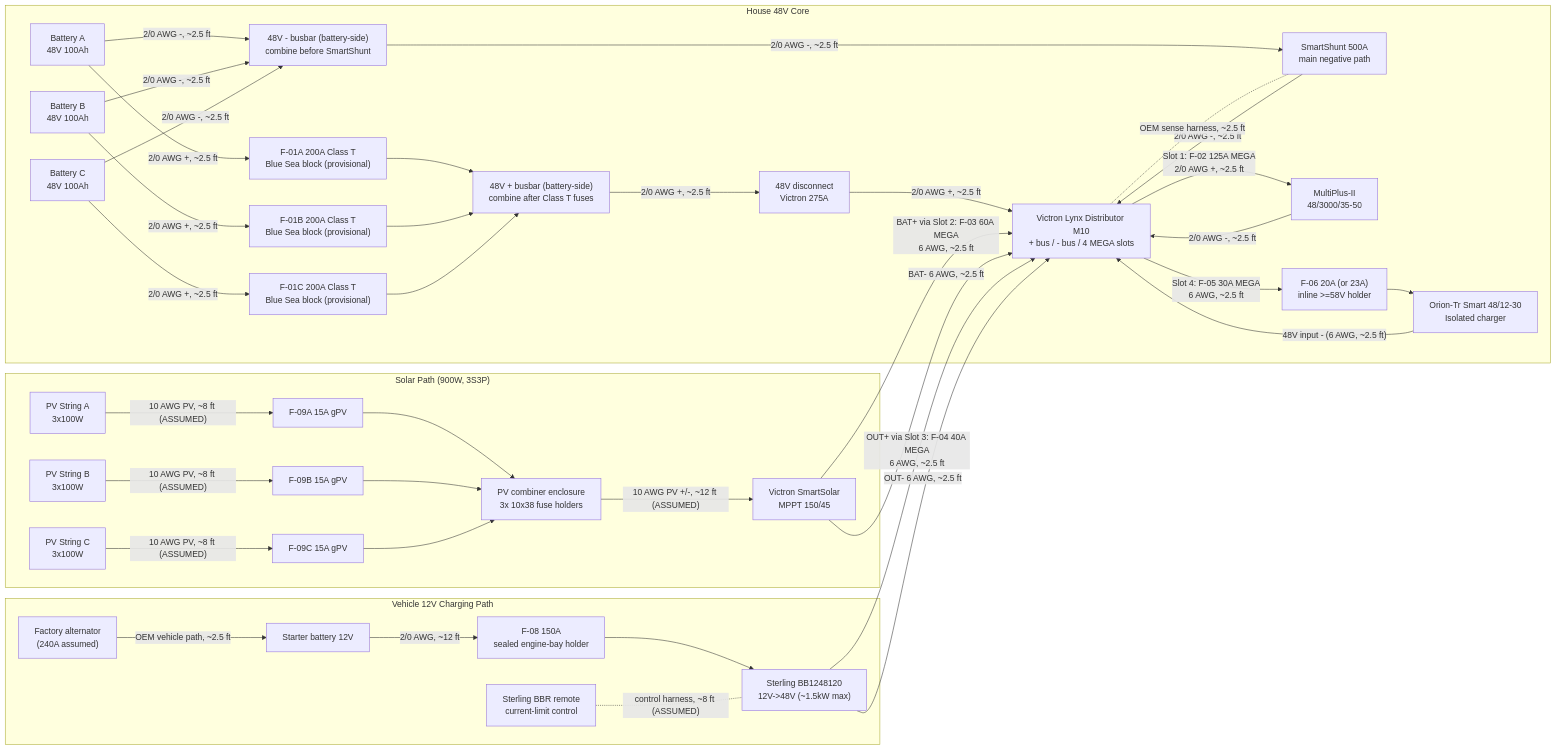
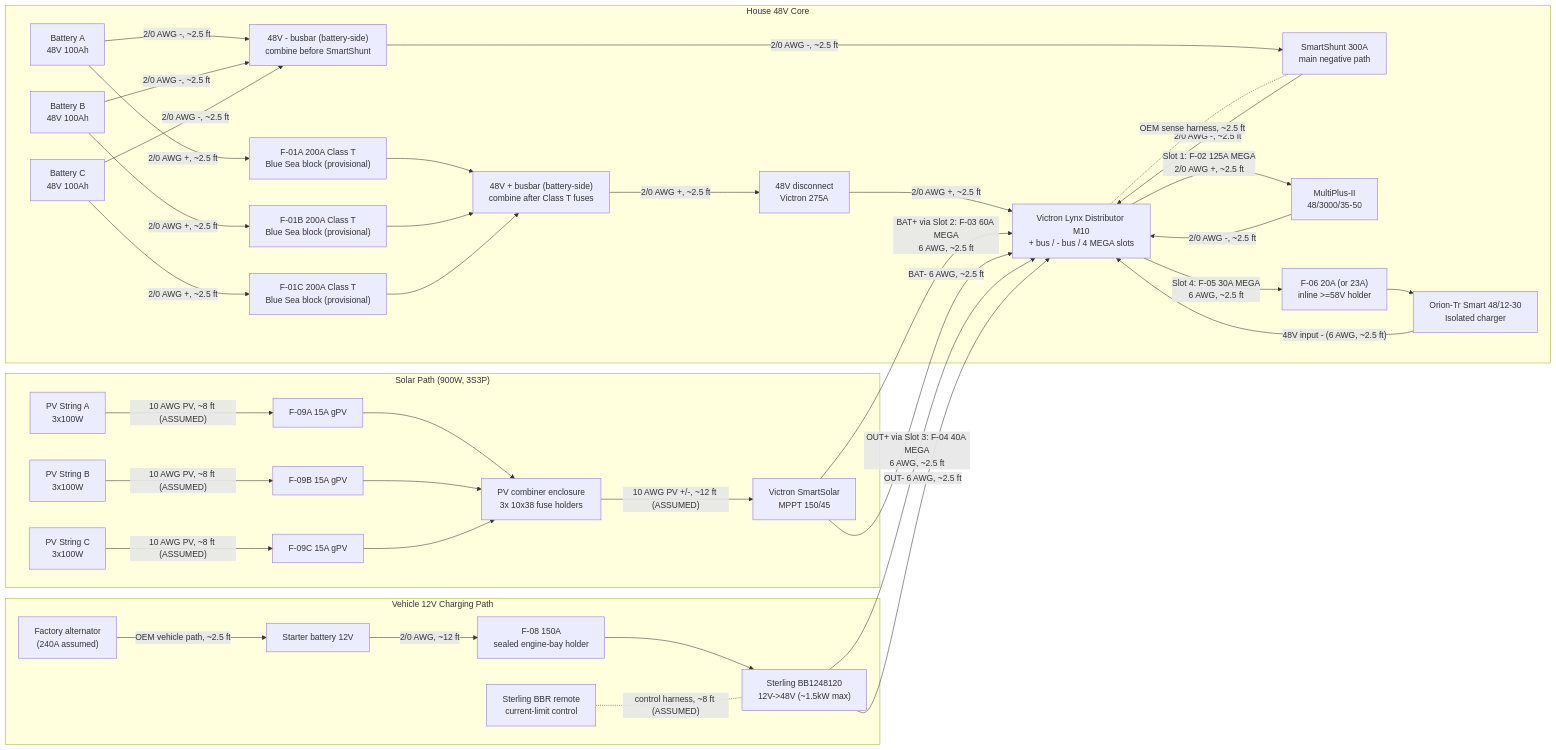
The diagram in docs/pdf_exports/assets/ELECTRICAL_overview_diagram/diagram-01.mmd (DataDaneDev/HiatusBuild), drawn with Mermaid before and after one commit. The commit also changed 12 other files, not shown here.

```diff
--- a/docs/pdf_exports/assets/ELECTRICAL_overview_diagram/diagram-01.mmd
+++ b/docs/pdf_exports/assets/ELECTRICAL_overview_diagram/diagram-01.mmd
@@ -1,68 +1,68 @@
 flowchart LR
     subgraph VEHICLE_12V["Vehicle 12V Charging Path"]
         ALT["Factory alternator\n(240A assumed)"]
         START["Starter battery 12V"]
         F08["F-08 150A\nsealed engine-bay holder"]
         B2B["Sterling BB1248120\n12V->48V (~1.5kW max)"]
         BBR["Sterling BBR remote\ncurrent-limit control"]
         ALT -- "OEM vehicle path, ~2.5 ft" --> START
         START -- "2/0 AWG, ~12 ft" --> F08 --> B2B
         BBR -. "control harness, ~8 ft (ASSUMED)" .- B2B
     end
 
     subgraph PV_PATH["Solar Path (900W, 3S3P)"]
         PVA["PV String A\n3x100W"]
         PVB["PV String B\n3x100W"]
         PVC["PV String C\n3x100W"]
         F09A["F-09A 15A gPV"]
         F09B["F-09B 15A gPV"]
         F09C["F-09C 15A gPV"]
         COMB["PV combiner enclosure\n3x 10x38 fuse holders"]
         MPPT["Victron SmartSolar\nMPPT 150/45"]
         PVA -- "10 AWG PV, ~8 ft (ASSUMED)" --> F09A --> COMB
         PVB -- "10 AWG PV, ~8 ft (ASSUMED)" --> F09B --> COMB
         PVC -- "10 AWG PV, ~8 ft (ASSUMED)" --> F09C --> COMB
         COMB -- "10 AWG PV +/-, ~12 ft (ASSUMED)" --> MPPT
     end
 
     subgraph HOUSE_48V["House 48V Core"]
         BATA["Battery A\n48V 100Ah"]
         BATB["Battery B\n48V 100Ah"]
         BATC["Battery C\n48V 100Ah"]
         F01A["F-01A 200A Class T\nBlue Sea block (provisional)"]
         F01B["F-01B 200A Class T\nBlue Sea block (provisional)"]
         F01C["F-01C 200A Class T\nBlue Sea block (provisional)"]
         POSBUS["48V + busbar (battery-side)\ncombine after Class T fuses"]
         NEGBUS["48V - busbar (battery-side)\ncombine before SmartShunt"]
         DISC["48V disconnect\nVictron 275A"]
-        SHUNT["SmartShunt 500A\nmain negative path"]
+        SHUNT["SmartShunt 300A\nmain negative path"]
         LYNX["Victron Lynx Distributor M10\n+ bus / - bus / 4 MEGA slots"]
         MULTI["MultiPlus-II\n48/3000/35-50"]
         ORION["Orion-Tr Smart 48/12-30\nIsolated charger"]
         F06["F-06 20A (or 23A)\ninline >=58V holder"]
     end
 
     BATA -- "2/0 AWG +, ~2.5 ft" --> F01A --> POSBUS
     BATB -- "2/0 AWG +, ~2.5 ft" --> F01B --> POSBUS
     BATC -- "2/0 AWG +, ~2.5 ft" --> F01C --> POSBUS
     POSBUS -- "2/0 AWG +, ~2.5 ft" --> DISC
     DISC -- "2/0 AWG +, ~2.5 ft" --> LYNX
 
     BATA -- "2/0 AWG -, ~2.5 ft" --> NEGBUS
     BATB -- "2/0 AWG -, ~2.5 ft" --> NEGBUS
     BATC -- "2/0 AWG -, ~2.5 ft" --> NEGBUS
     NEGBUS -- "2/0 AWG -, ~2.5 ft" --> SHUNT
     SHUNT -- "2/0 AWG -, ~2.5 ft" --> LYNX
     LYNX -. "OEM sense harness, ~2.5 ft" .- SHUNT
 
     LYNX -- "Slot 1: F-02 125A MEGA\n2/0 AWG +, ~2.5 ft" --> MULTI
     MULTI -- "2/0 AWG -, ~2.5 ft" --> LYNX
 
     MPPT -- "BAT+ via Slot 2: F-03 60A MEGA\n6 AWG, ~2.5 ft" --> LYNX
     MPPT -- "BAT- 6 AWG, ~2.5 ft" --> LYNX
 
     B2B -- "OUT+ via Slot 3: F-04 40A MEGA\n6 AWG, ~2.5 ft" --> LYNX
     B2B -- "OUT- 6 AWG, ~2.5 ft" --> LYNX
 
     LYNX -- "Slot 4: F-05 30A MEGA\n6 AWG, ~2.5 ft" --> F06 --> ORION
     ORION -- "48V input - (6 AWG, ~2.5 ft)" --> LYNX
```
